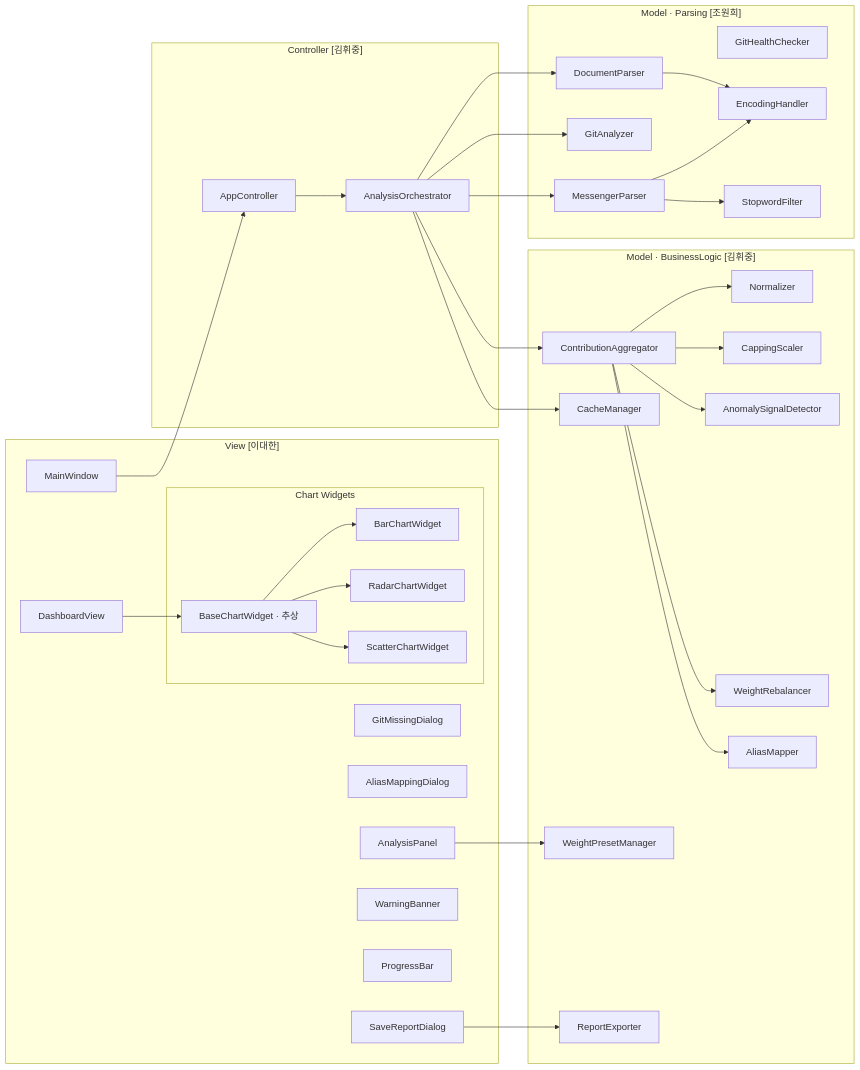
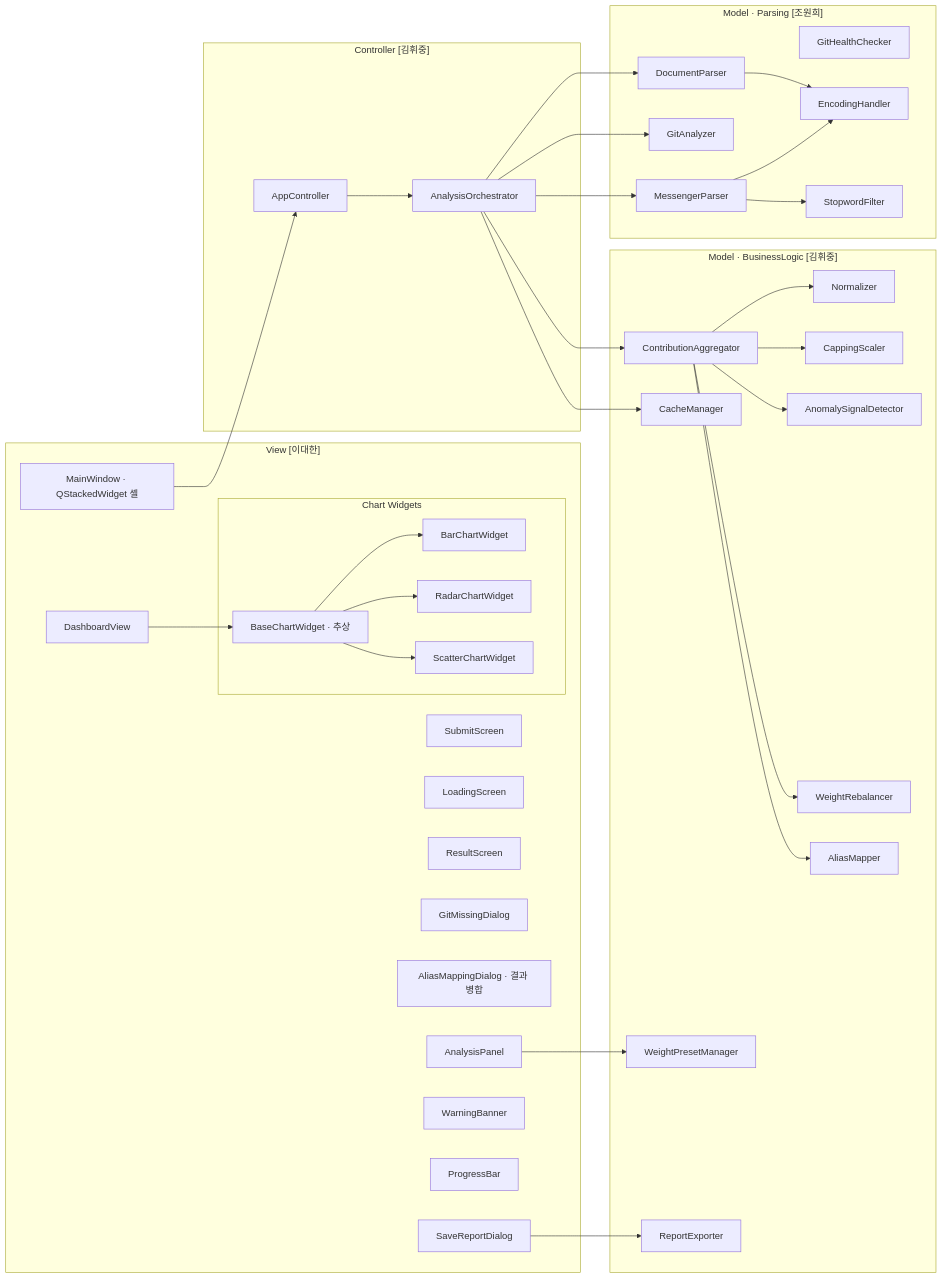
The second of 6 diagrams in docs/02-design-planning/architecture-overview.md (Eucliwood32/Software_Engineering_mirae), drawn with Mermaid before and after one commit. The commit also changed other lines of this file and 4 other files, not shown here.

````diff
--- a/docs/02-design-planning/architecture-overview.md
+++ b/docs/02-design-planning/architecture-overview.md
@@ -96,56 +96,59 @@
 ```mermaid
 flowchart LR
     subgraph V["View [이대한]"]
-        MW[MainWindow]
+        MW[MainWindow · QStackedWidget 셸]
+        SUB[SubmitScreen]
+        LOAD[LoadingScreen]
+        RES[ResultScreen]
         GMD[GitMissingDialog]
-        AMD[AliasMappingDialog]
+        AMD[AliasMappingDialog · 결과 병합]
         AP[AnalysisPanel]
         DV[DashboardView]
         WB[WarningBanner]
         PB[ProgressBar]
         SRD[SaveReportDialog]
         subgraph CH["Chart Widgets"]
             BCW[BaseChartWidget · 추상]
             BAR[BarChartWidget]
             RAD[RadarChartWidget]
             SCT[ScatterChartWidget]
         end
     end
 
     subgraph C["Controller [김휘중]"]
         AC[AppController]
         AO[AnalysisOrchestrator]
     end
 
     subgraph MP["Model · Parsing [조원희]"]
         DP[DocumentParser]
         GA[GitAnalyzer]
         GHC[GitHealthChecker]
         MSP[MessengerParser]
         SF[StopwordFilter]
         EH[EncodingHandler]
     end
 
     subgraph MB["Model · BusinessLogic [김휘중]"]
         NM[Normalizer]
         CS[CappingScaler]
         ASD[AnomalySignalDetector]
         WPM[WeightPresetManager]
         WR[WeightRebalancer]
         AM[AliasMapper]
         CA[ContributionAggregator]
         CM[CacheManager]
         RE[ReportExporter]
     end
 
     MW --> AC
     AC --> AO
     AO --> DP & GA & MSP & CA & CM
     DP --> EH
     MSP --> EH & SF
     CA --> NM & CS & ASD & WR & AM
     AP --> WPM
     BCW --> BAR & RAD & SCT
     DV --> BCW
     SRD --> RE
 ```
````
